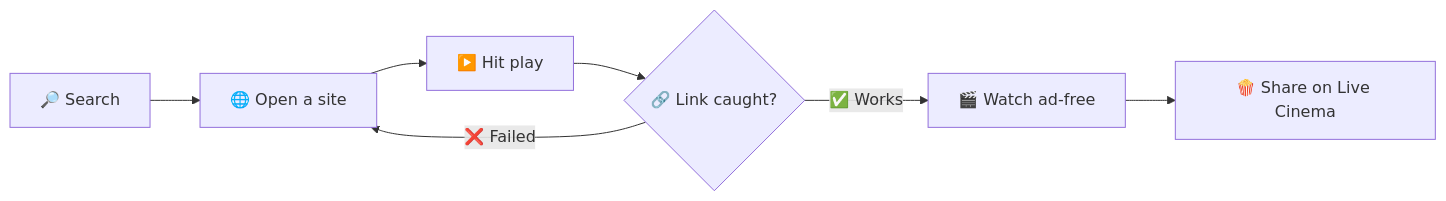
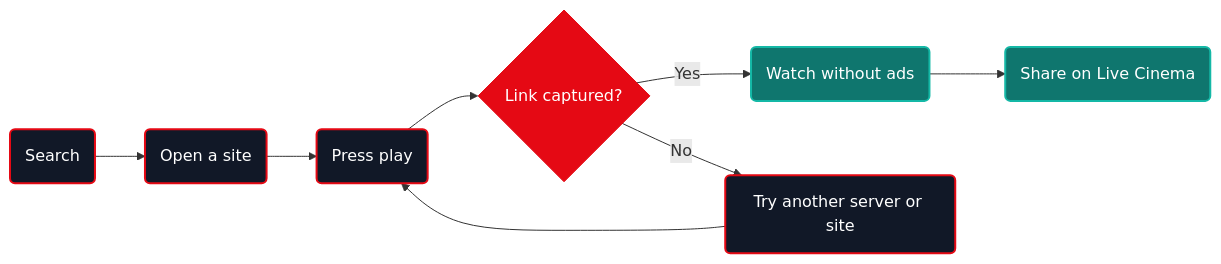
Before and after one commit to X5Coder/Streamo: the diagram in README.md, drawn with Mermaid. The commit also changed other lines of this file, not shown here.

````diff
--- a/README.md
+++ b/README.md
@@ -21,9 +22,17 @@
 ```mermaid
 flowchart LR
-    A[🔎 Search] --> B[🌐 Open a site]
-    B --> C[▶️ Hit play]
-    C --> D{🔗 Link caught?}
-    D -- ✅ Works --> E[🎬 Watch ad-free]
-    D -- ❌ Failed --> B
-    E --> F[🍿 Share on Live Cinema]
+    A(Search) --> B(Open a site)
+    B --> C(Press play)
+    C --> D{Link captured?}
+    D -- Yes --> E(Watch without ads)
+    D -- No --> F(Try another server or site)
+    F --> C
+    E --> G(Share on Live Cinema)
+
+    classDef step fill:#111827,stroke:#E50914,stroke-width:2px,color:#ffffff;
+    classDef check fill:#E50914,stroke:#E50914,color:#ffffff;
+    classDef done fill:#0f766e,stroke:#14b8a6,stroke-width:2px,color:#ffffff;
+    class A,B,C,F step;
+    class D check;
+    class E,G done;
 ```
````
